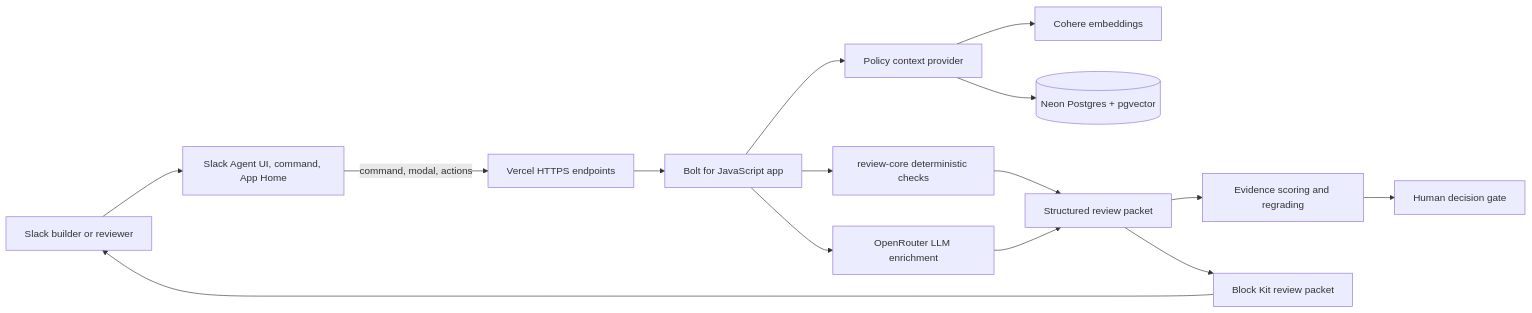
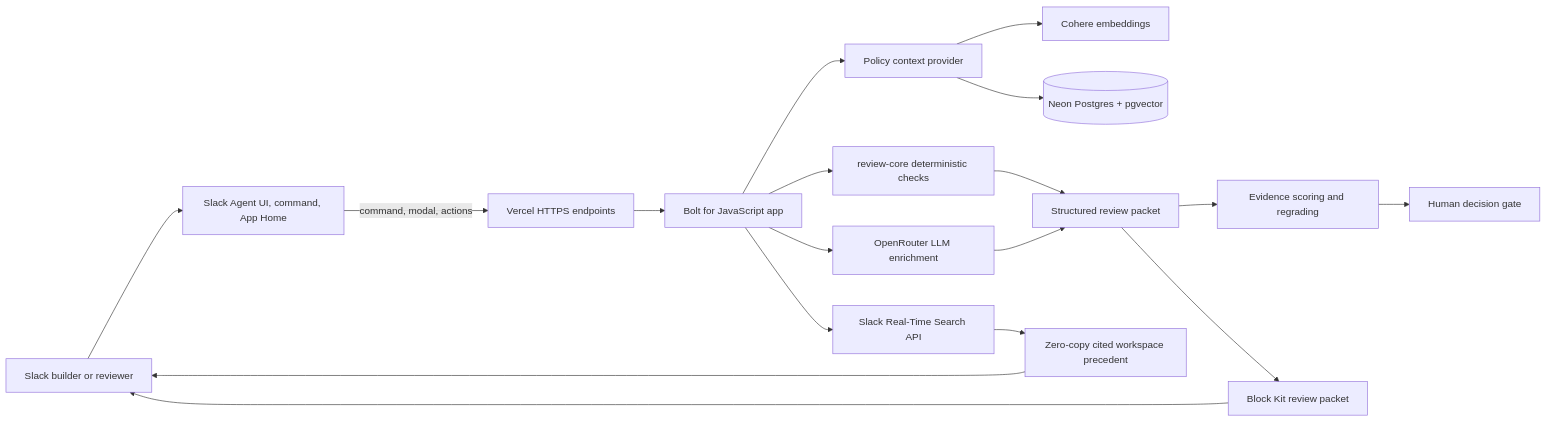
One commit to N-45div/SecureLore changed the first of 5 diagrams in ARCHITECTURE.md. Above: the diagram before and after it, drawn with Mermaid. The commit also changed other lines of this file and 10 other files, not shown here.

Commit message:
feat: add zero-copy Slack RTS evidence scout

````diff
--- a/ARCHITECTURE.md
+++ b/ARCHITECTURE.md
@@ -7,17 +7,20 @@
 ```mermaid
 flowchart LR
   Builder[Slack builder or reviewer] --> Slack[Slack Agent UI, command, App Home]
   Slack -->|command, modal, actions| Vercel[Vercel HTTPS endpoints]
   Vercel --> Bolt[Bolt for JavaScript app]
   Bolt --> ReviewCore[review-core deterministic checks]
   Bolt --> Policy[Policy context provider]
   Policy --> Cohere[Cohere embeddings]
   Policy --> Neon[(Neon Postgres + pgvector)]
   Bolt --> OpenRouter[OpenRouter LLM enrichment]
+  Bolt --> RTS[Slack Real-Time Search API]
   ReviewCore --> Packet[Structured review packet]
   OpenRouter --> Packet
   Packet --> Evidence[Evidence scoring and regrading]
   Evidence --> Decision[Human decision gate]
   Packet --> SlackUI[Block Kit review packet]
+  RTS --> LiveEvidence[Zero-copy cited workspace precedent]
   SlackUI --> Builder
+  LiveEvidence --> Builder
 ```
````
